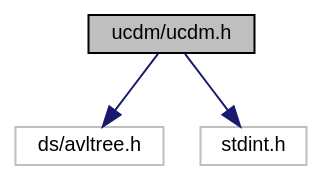
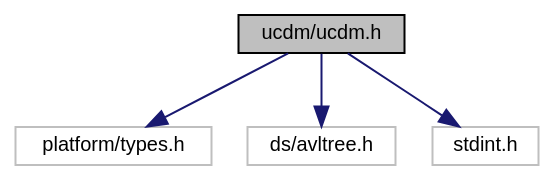
One commit to ebs-universe/piolib-ucdm changed the diagram in ucdm_8h__incl.dot. Above: the diagram before and after it, drawn with Graphviz. The commit also changed 40 other files, not shown here.

```diff
--- a/ucdm_8h__incl.dot
+++ b/ucdm_8h__incl.dot
@@ -1,13 +1,15 @@
 digraph "ucdm/ucdm.h"
 {
  // INTERACTIVE_SVG=YES
  // LATEX_PDF_SIZE
   bgcolor="transparent";
   edge [fontname="Helvetica",fontsize="10",labelfontname="Helvetica",labelfontsize="10"];
   node [fontname="Helvetica",fontsize="10",shape=record];
   Node1 [label="ucdm/ucdm.h",height=0.2,width=0.4,color="black", fillcolor="grey75", style="filled", fontcolor="black",tooltip="Interface and usage of the Unified Configuration and Data Manager."];
   Node1 -> Node2 [color="midnightblue",fontsize="10",style="solid",fontname="Helvetica"];
-  Node2 [label="ds/avltree.h",height=0.2,width=0.4,color="grey75",tooltip=" "];
+  Node2 [label="platform/types.h",height=0.2,width=0.4,color="grey75",tooltip=" "];
   Node1 -> Node3 [color="midnightblue",fontsize="10",style="solid",fontname="Helvetica"];
-  Node3 [label="stdint.h",height=0.2,width=0.4,color="grey75",tooltip=" "];
+  Node3 [label="ds/avltree.h",height=0.2,width=0.4,color="grey75",tooltip=" "];
+  Node1 -> Node4 [color="midnightblue",fontsize="10",style="solid",fontname="Helvetica"];
+  Node4 [label="stdint.h",height=0.2,width=0.4,color="grey75",tooltip=" "];
 }
```
